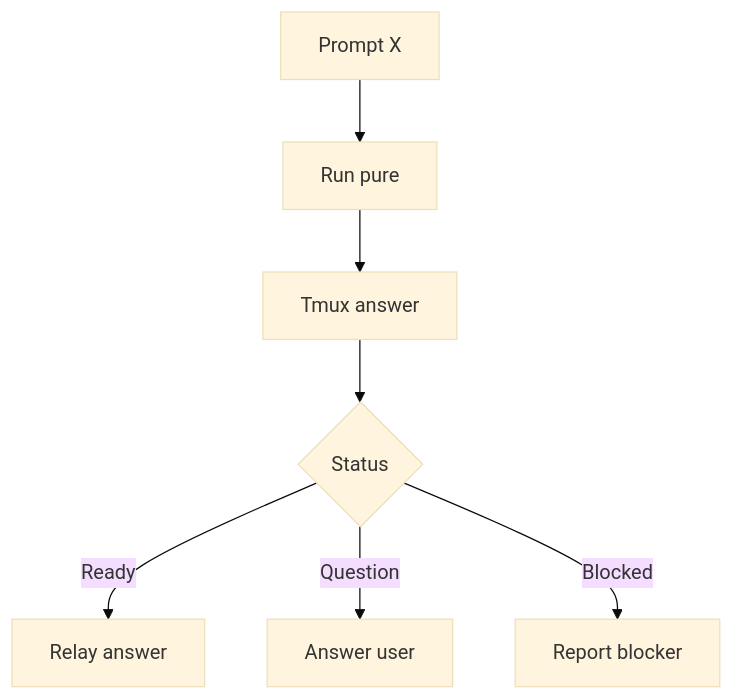
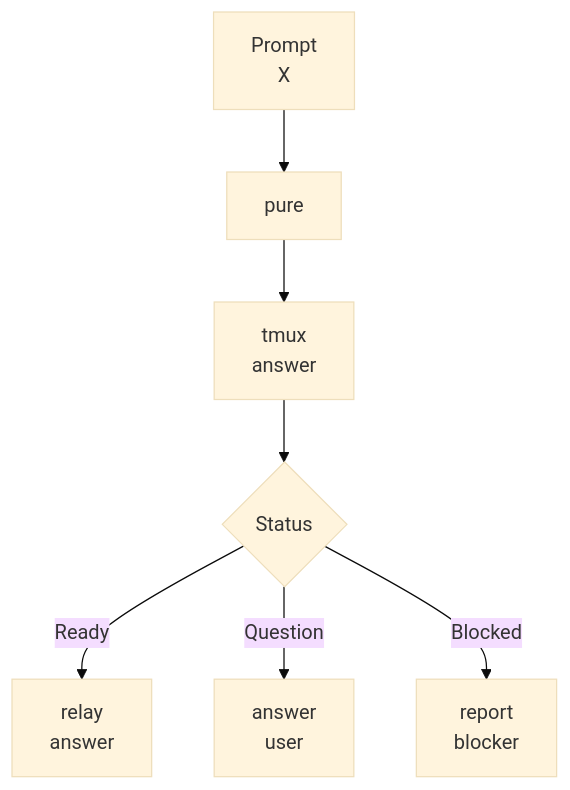
One commit to TrailblazerSR/ask-tmux-pipeline changed the fourth of 7 diagrams in README.md. Above: the diagram before and after it, drawn with Mermaid (base theme). The commit also changed other lines of this file, not shown here.

First line of the commit message:
Wrap Mermaid labels for reliable GitHub rendering

````diff
--- a/README.md
+++ b/README.md
@@ -156,12 +168,17 @@
 ```mermaid
 flowchart TD
     accTitle: Pure Mirror Mode
     accDescr: Pure mode flow where the owner CLI mainly relays the tmux Claude or Codex answer, with clarification and blocker paths
 
-    prompt_x[Prompt X] --> pure_command[Run pure]
-    pure_command --> tmux_answer[Tmux answer]
+    prompt_x["`Prompt
+    X`"] --> pure_command["`pure`"]
+    pure_command --> tmux_answer["`tmux
+    answer`"]
     tmux_answer --> status_check{Status}
-    status_check -->|Ready| relay_answer[Relay answer]
-    status_check -->|Question| answer_user[Answer user]
-    status_check -->|Blocked| report_blocker[Report blocker]
+    status_check -->|Ready| relay_answer["`relay
+    answer`"]
+    status_check -->|Question| answer_user["`answer
+    user`"]
+    status_check -->|Blocked| report_blocker["`report
+    blocker`"]
 ```
````
